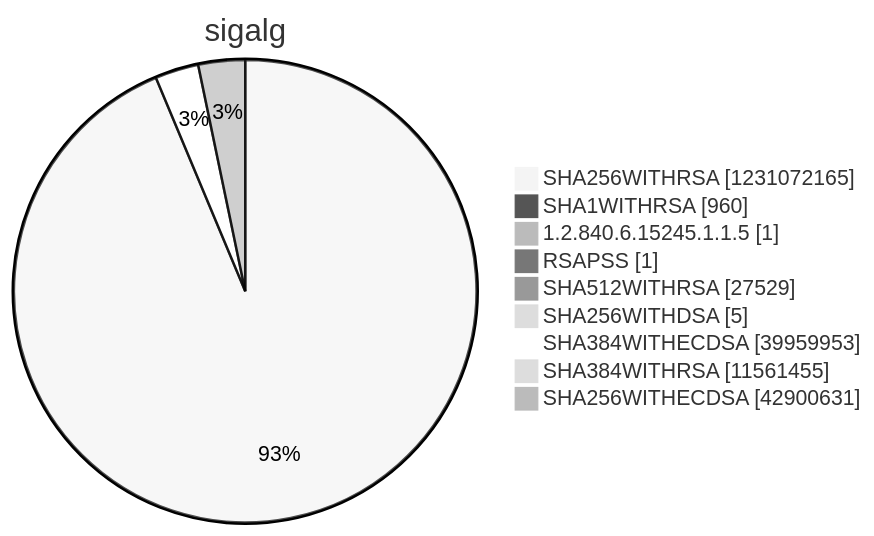
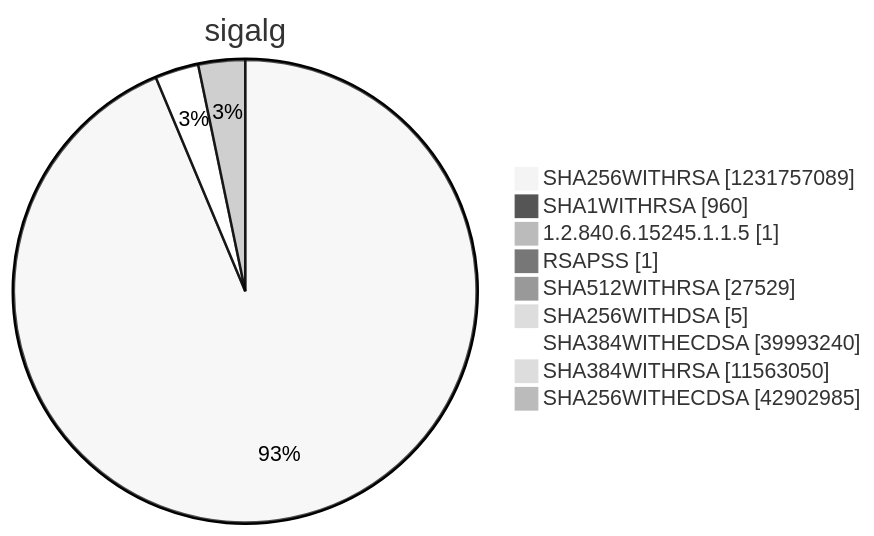
Diagram 15 of 15 in argon2022/README.md (christiankrug/ctmonitor_visualization), drawn with Mermaid (neutral theme) before and after one commit. The commit also changed other lines of this file, not shown here.

````diff
--- a/argon2022/README.md
+++ b/argon2022/README.md
@@ -5522,13 +5522,13 @@
 ```mermaid
 pie showData
 title sigalg
-"SHA256WITHRSA" :1231072165
+"SHA256WITHRSA" :1231757089
 "SHA1WITHRSA" :960
 "1.2.840.6.15245.1.1.5" :1
 "RSAPSS" :1
 "SHA512WITHRSA" :27529
 "SHA256WITHDSA" :5
-"SHA384WITHECDSA" :39959953
-"SHA384WITHRSA" :11561455
-"SHA256WITHECDSA" :42900631
+"SHA384WITHECDSA" :39993240
+"SHA384WITHRSA" :11563050
+"SHA256WITHECDSA" :42902985
 ```
````
